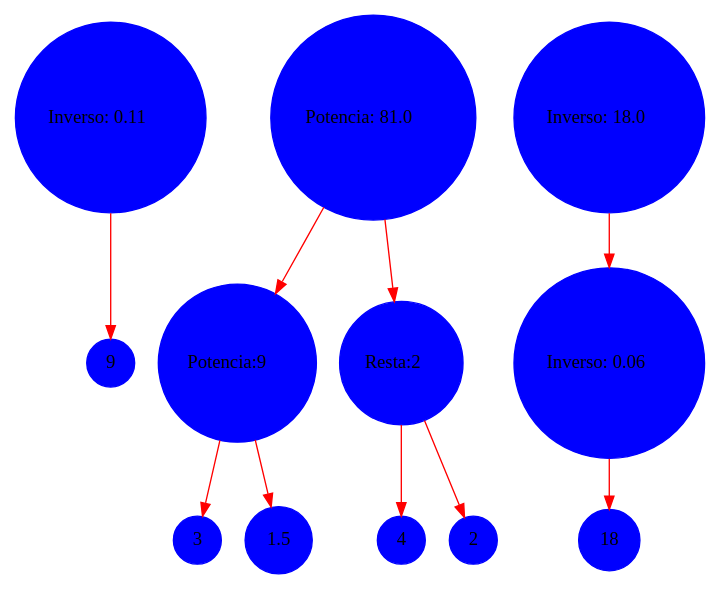
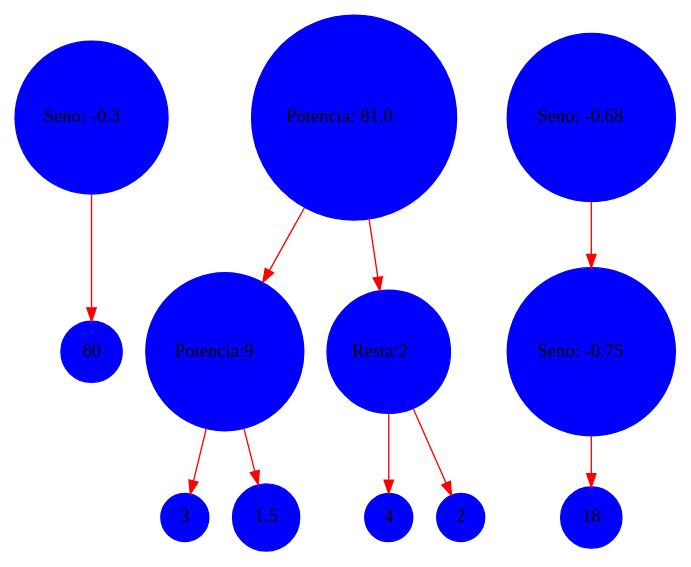
Before and after one commit to Jhonsagui81/-LFP-royecto1_202106003: the diagram in Documentacion/grafo.dot, drawn with Graphviz. The commit also changed 3 other files, not shown here.

```diff
--- a/Documentacion/grafo.dot
+++ b/Documentacion/grafo.dot
@@ -1,24 +1,24 @@
 digraph {
 	rankdir=TB
-	9 [shape=circle style=filled color = blue]
- 	inverso1 -> 9 [shape=record color=red]
-	inverso1 [shape=circle style=filled color = blue, label=<Inverso: 0.11>]
+	60 [shape=circle style=filled color = blue]
+ 	seno1 -> 60 [shape=record color=red]
+	seno1 [shape=circle style=filled color = blue, label=<Seno: -0.3>]
  	3 [shape=circle style=filled color = blue]
  	Potencia102 -> 3 [shape=record color=red]
 	1.5 [shape=circle style=filled color = blue]
  	Potencia102 -> 1.5 [shape=record color=red]
 	Potencia102 [shape=circle style=filled color = blue, label=<Potencia:9>]
  	potencia2 -> Potencia102 [shape=record color=red]
 	4 [shape=circle style=filled color = blue]
  	Resta102 -> 4 [shape=record color=red]
 	2 [shape=circle style=filled color = blue]
  	Resta102 -> 2 [shape=record color=red]
 	Resta102 [shape=circle style=filled color = blue, label=<Resta:2>]
  	potencia2 -> Resta102 [shape=record color=red]
 	potencia2 [shape=circle style=filled color = blue, label=<Potencia: 81.0>]
  	18 [shape=circle style=filled color = blue]
- 	Inverso103 -> 18 [shape=record color=red]
-	Inverso103 [shape=circle style=filled color = blue, label=<Inverso: 0.06>]
- 	inverso3 -> Inverso103 [shape=record color=red]
-	inverso3 [shape=circle style=filled color = blue, label=<Inverso: 18.0>]
+ 	Seno103 -> 18 [shape=record color=red]
+	Seno103 [shape=circle style=filled color = blue, label=<Seno: -0.75>]
+ 	seno3 -> Seno103 [shape=record color=red]
+	seno3 [shape=circle style=filled color = blue, label=<Seno: -0.68>]
  }
```
